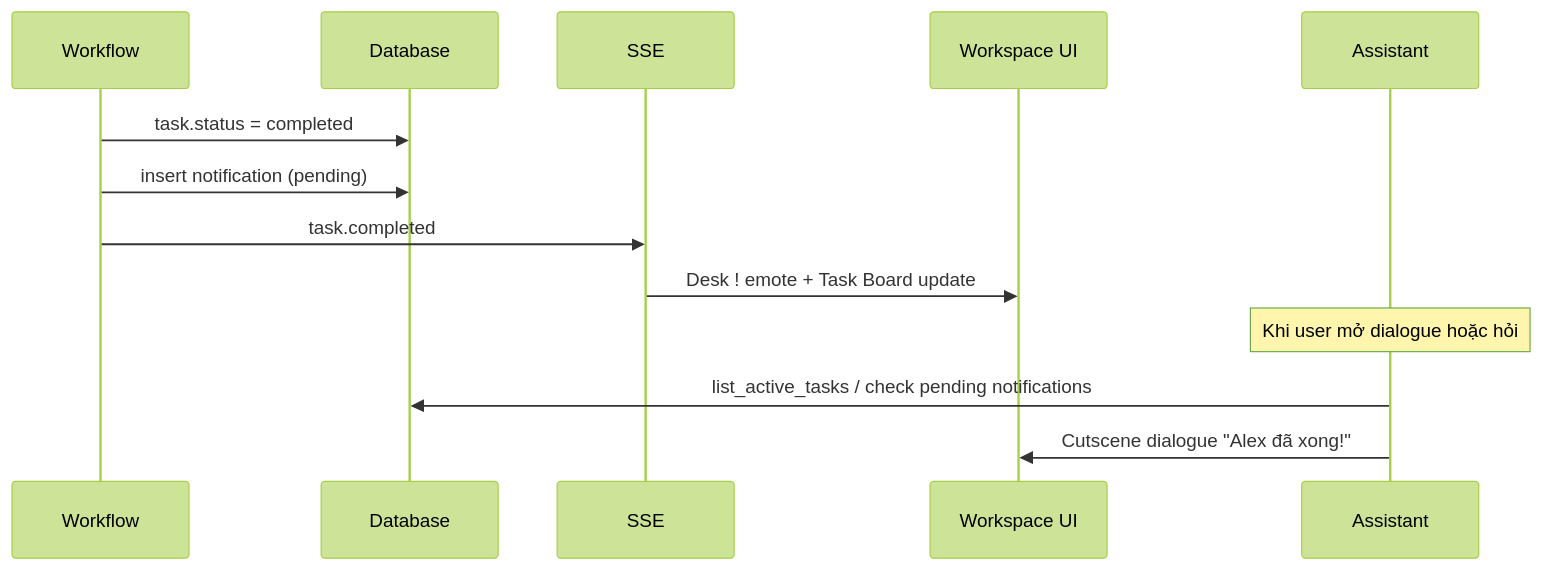
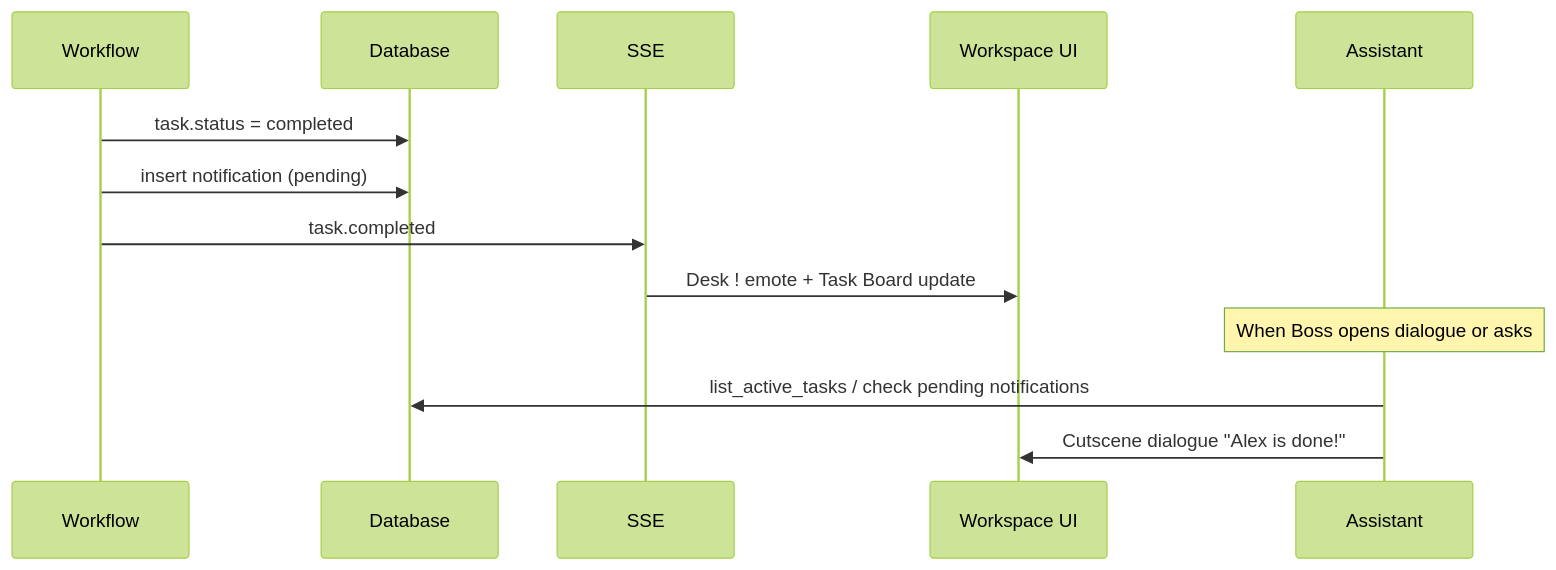
One commit to tihado/nex-staff changed the fifth of 6 diagrams in docs/AGENT-SYSTEM.md. Above: the diagram before and after it, drawn with Mermaid (forest theme). The commit also changed other lines of this file and 11 other files, not shown here.

````diff
--- a/docs/AGENT-SYSTEM.md
+++ b/docs/AGENT-SYSTEM.md
@@ -613,17 +613,17 @@
 ```mermaid
 sequenceDiagram
     participant W as Workflow
     participant DB as Database
     participant SSE as SSE
     participant UI as Workspace UI
     participant A as Assistant
 
     W->>DB: task.status = completed
     W->>DB: insert notification (pending)
     W->>SSE: task.completed
     SSE->>UI: Desk ! emote + Task Board update
 
-    Note over A: Khi user mở dialogue hoặc hỏi
+    Note over A: When Boss opens dialogue or asks
     A->>DB: list_active_tasks / check pending notifications
-    A->>UI: Cutscene dialogue "Alex đã xong!"
+    A->>UI: Cutscene dialogue "Alex is done!"
 ```
````
